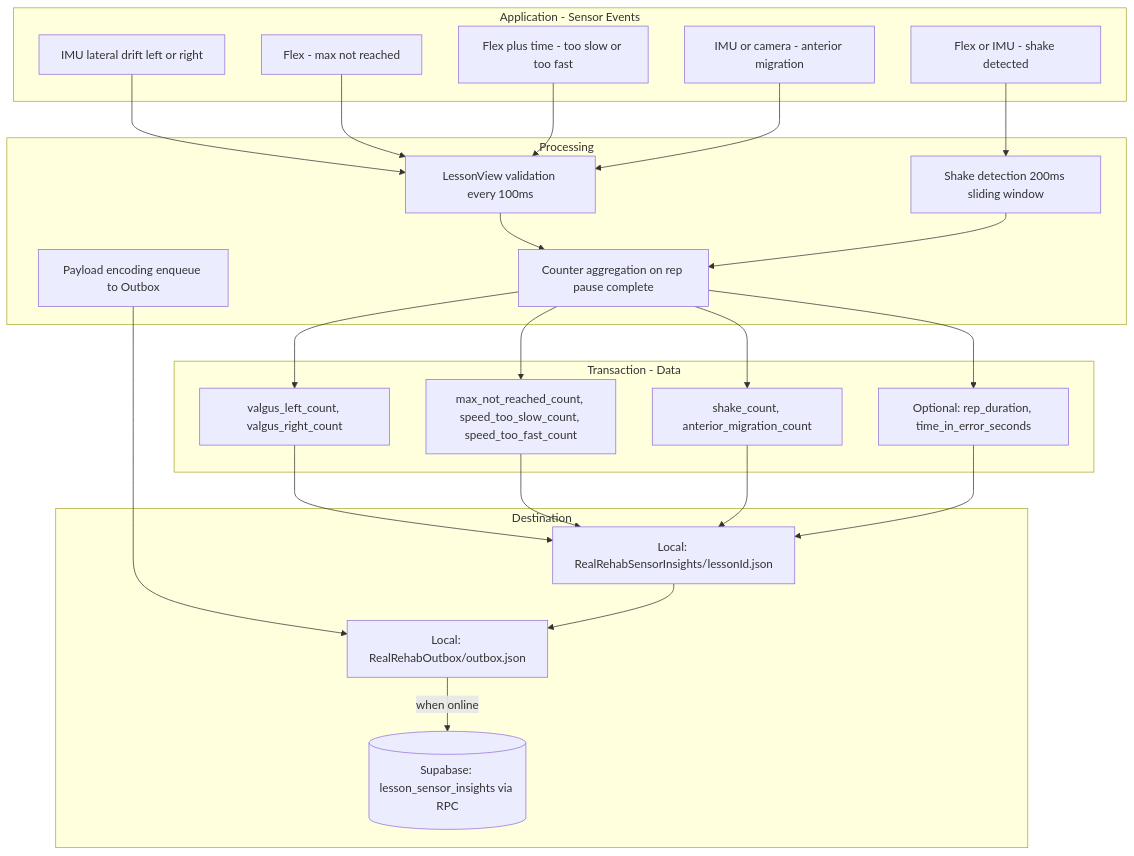
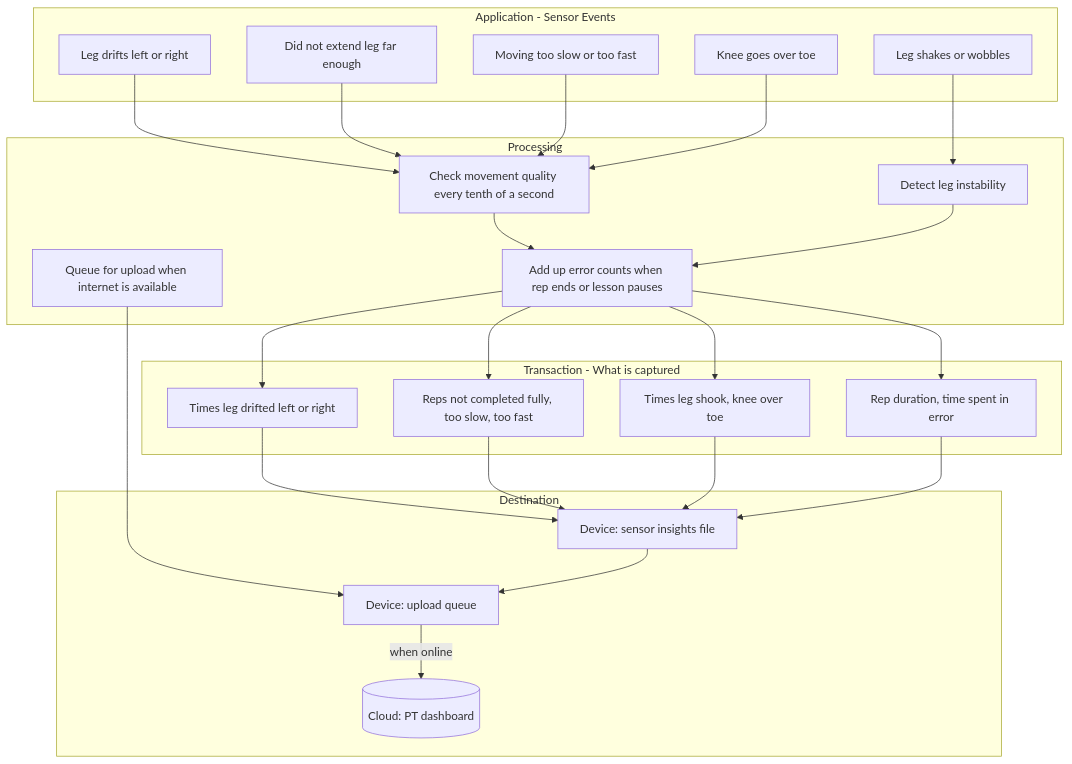
The fourth of 4 diagrams in docs/DATA_FLOW.md (seanja5/realrehab-mvp), drawn with Mermaid before and after one commit. The commit also changed other lines of this file and 1 other file, not shown here.

Commit message:
Use plain-language labels in data flow diagrams for non-technical audiences

````diff
--- a/docs/DATA_FLOW.md
+++ b/docs/DATA_FLOW.md
@@ -229,49 +229,49 @@
 ```mermaid
 flowchart TB
     subgraph appF [Application - Sensor Events]
-        AF1[IMU lateral drift left or right]
-        AF2[Flex - max not reached]
-        AF3[Flex plus time - too slow or too fast]
-        AF4[Flex or IMU - shake detected]
-        AF5[IMU or camera - anterior migration]
+        AF1[Leg drifts left or right]
+        AF2[Did not extend leg far enough]
+        AF3[Moving too slow or too fast]
+        AF4[Leg shakes or wobbles]
+        AF5[Knee goes over toe]
     end
 
     subgraph procF [Processing]
-        PF1[LessonView validation every 100ms]
-        PF2[Shake detection 200ms sliding window]
-        PF3[Counter aggregation on rep pause complete]
-        PF4[Payload encoding enqueue to Outbox]
+        PF1[Check movement quality every tenth of a second]
+        PF2[Detect leg instability]
+        PF3[Add up error counts when rep ends or lesson pauses]
+        PF4[Queue for upload when internet is available]
     end
 
-    subgraph txF [Transaction - Data]
-        TF1[valgus_left_count, valgus_right_count]
-        TF2[max_not_reached_count, speed_too_slow_count, speed_too_fast_count]
-        TF3[shake_count, anterior_migration_count]
-        TF4[Optional: rep_duration, time_in_error_seconds]
+    subgraph txF [Transaction - What is captured]
+        TF1[Times leg drifted left or right]
+        TF2[Reps not completed fully, too slow, too fast]
+        TF3[Times leg shook, knee over toe]
+        TF4[Rep duration, time spent in error]
     end
 
     subgraph destF [Destination]
-        DF1[Local: RealRehabSensorInsights/lessonId.json]
-        DF2[Local: RealRehabOutbox/outbox.json]
-        DF3[(Supabase: lesson_sensor_insights via RPC)]
+        DF1[Device: sensor insights file]
+        DF2[Device: upload queue]
+        DF3[(Cloud: PT dashboard)]
     end
 
     AF1 --> PF1
     AF2 --> PF1
     AF3 --> PF1
     AF4 --> PF2
     AF5 --> PF1
     PF1 --> PF3
     PF2 --> PF3
     PF3 --> TF1
     PF3 --> TF2
     PF3 --> TF3
     PF3 --> TF4
     TF1 --> DF1
     TF2 --> DF1
     TF3 --> DF1
     TF4 --> DF1
     PF4 --> DF2
     DF1 --> DF2
     DF2 -->|when online| DF3
 ```
````
